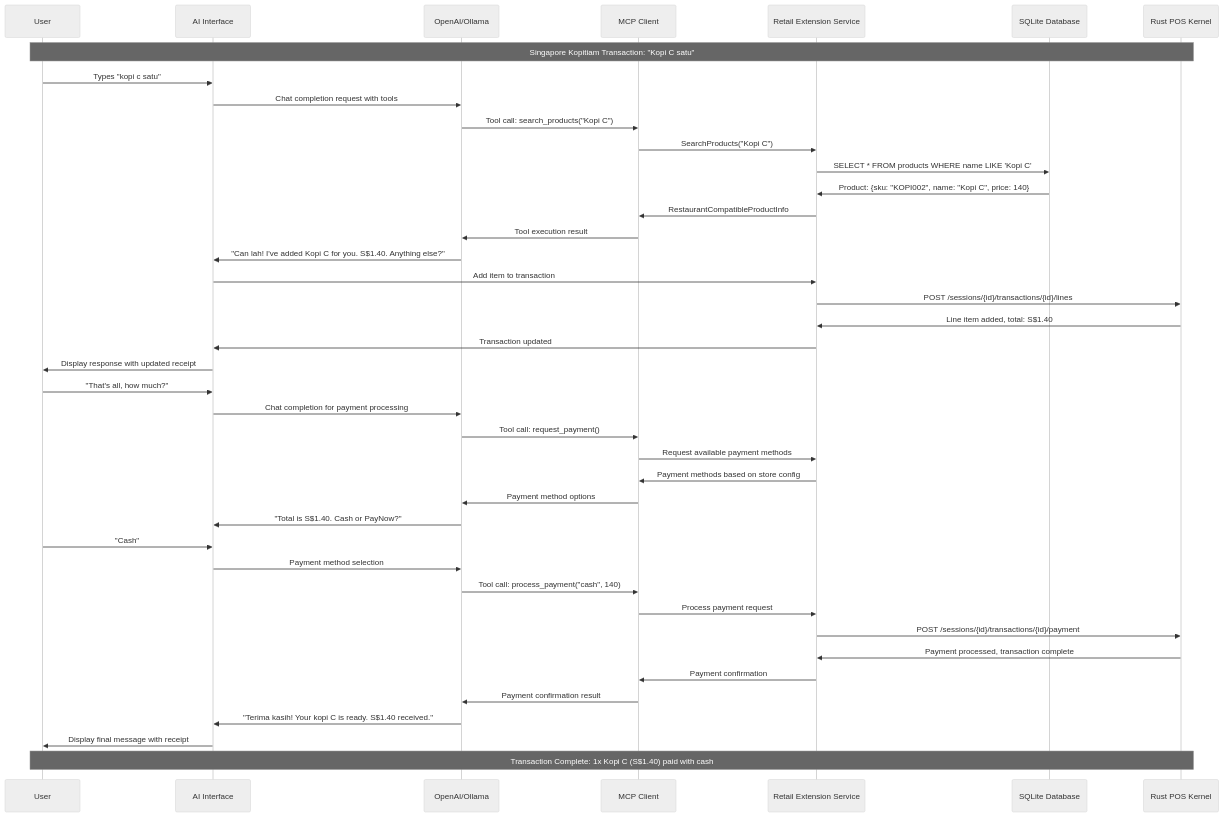
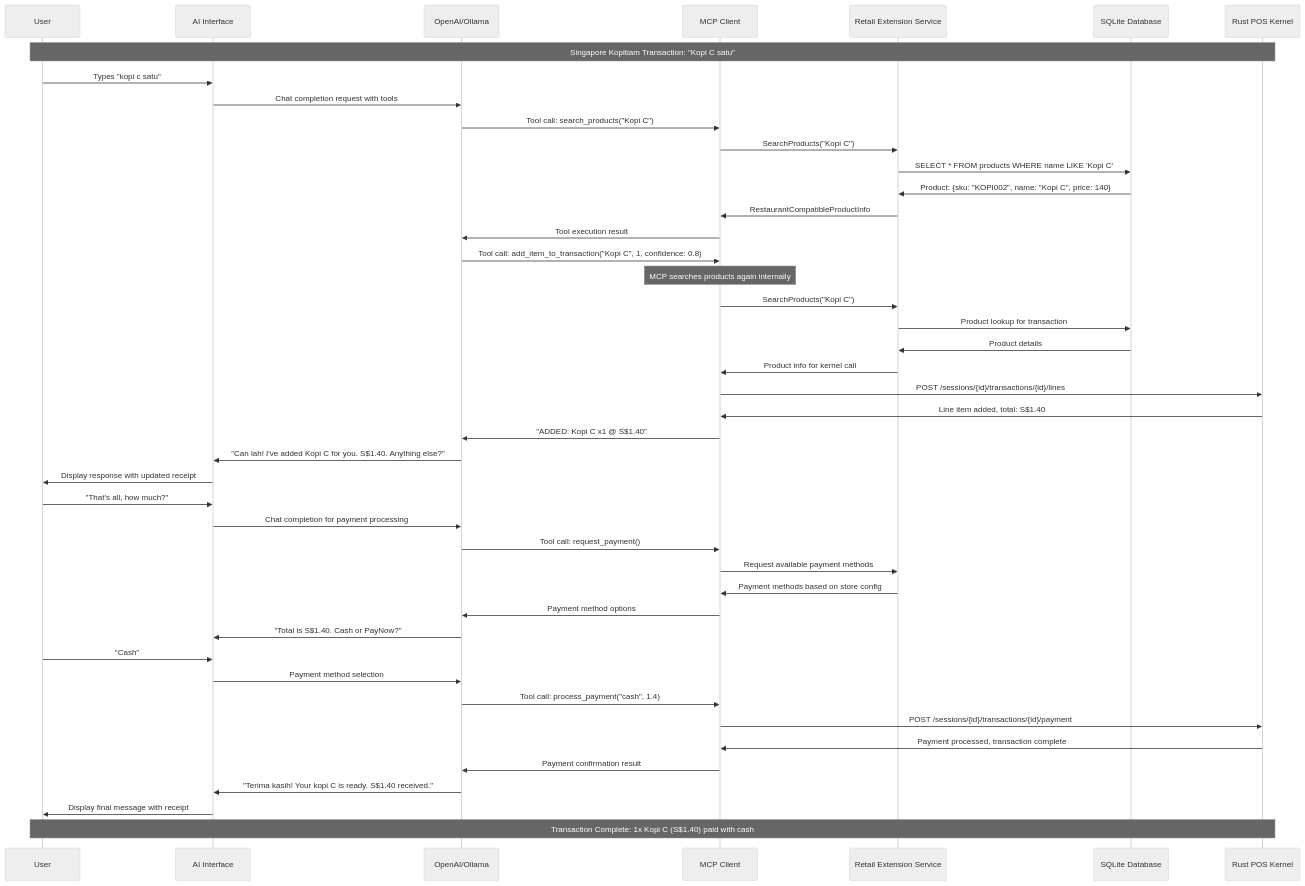
The fourth of 6 diagrams in README.md (paulmooreparks/PosKernel), drawn with Mermaid (neutral theme) before and after one commit.

Commit message:
More tweak to sequence diagram

````diff
--- a/README.md
+++ b/README.md
@@ -204,50 +204,53 @@
 ```mermaid
 sequenceDiagram
     participant U as User
     participant D as AI Interface
     participant AI as OpenAI/Ollama
     participant MCP as MCP Client
     participant R as Retail Extension Service
     participant DB as SQLite Database
     participant K as Rust POS Kernel
     
     Note over U,K: Singapore Kopitiam Transaction: "Kopi C satu"
     
     U->>D: Types "kopi c satu"
     D->>AI: Chat completion request with tools
     AI->>MCP: Tool call: search_products("Kopi C")
     MCP->>R: SearchProducts("Kopi C")
     R->>DB: SELECT * FROM products WHERE name LIKE 'Kopi C'
     DB->>R: Product: {sku: "KOPI002", name: "Kopi C", price: 140}
     R->>MCP: RestaurantCompatibleProductInfo
     MCP->>AI: Tool execution result
+    
+    AI->>MCP: Tool call: add_item_to_transaction("Kopi C", 1, confidence: 0.8)
+    Note over MCP: MCP searches products again internally
+    MCP->>R: SearchProducts("Kopi C")  
+    R->>DB: Product lookup for transaction
+    DB->>R: Product details  
+    R->>MCP: Product info for kernel call
+    MCP->>K: POST /sessions/{id}/transactions/{id}/lines
+    K->>MCP: Line item added, total: S$1.40
+    MCP->>AI: "ADDED: Kopi C x1 @ S$1.40"
+    
     AI->>D: "Can lah! I've added Kopi C for you. S$1.40. Anything else?"
-    
-    D->>R: Add item to transaction
-    R->>K: POST /sessions/{id}/transactions/{id}/lines
-    K->>R: Line item added, total: S$1.40
-    R->>D: Transaction updated
-    
     D->>U: Display response with updated receipt
     
     U->>D: "That's all, how much?"
     D->>AI: Chat completion for payment processing
     AI->>MCP: Tool call: request_payment()
     MCP->>R: Request available payment methods
     R->>MCP: Payment methods based on store config
     MCP->>AI: Payment method options
     AI->>D: "Total is S$1.40. Cash or PayNow?"
     
     U->>D: "Cash"
     D->>AI: Payment method selection
-    AI->>MCP: Tool call: process_payment("cash", 140)
-    MCP->>R: Process payment request
-    R->>K: POST /sessions/{id}/transactions/{id}/payment
-    K->>R: Payment processed, transaction complete
-    R->>MCP: Payment confirmation
+    AI->>MCP: Tool call: process_payment("cash", 1.4)
+    MCP->>K: POST /sessions/{id}/transactions/{id}/payment
+    K->>MCP: Payment processed, transaction complete
     MCP->>AI: Payment confirmation result
     AI->>D: "Terima kasih! Your kopi C is ready. S$1.40 received."
     D->>U: Display final message with receipt
     
     Note over U,K: Transaction Complete: 1x Kopi C (S$1.40) paid with cash
 ```
````
